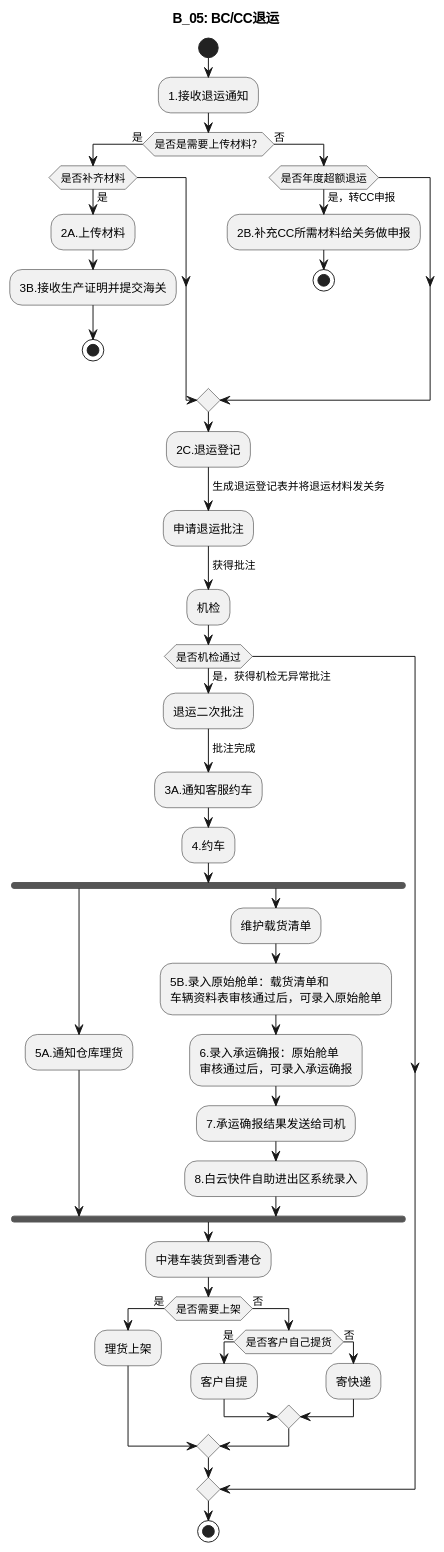
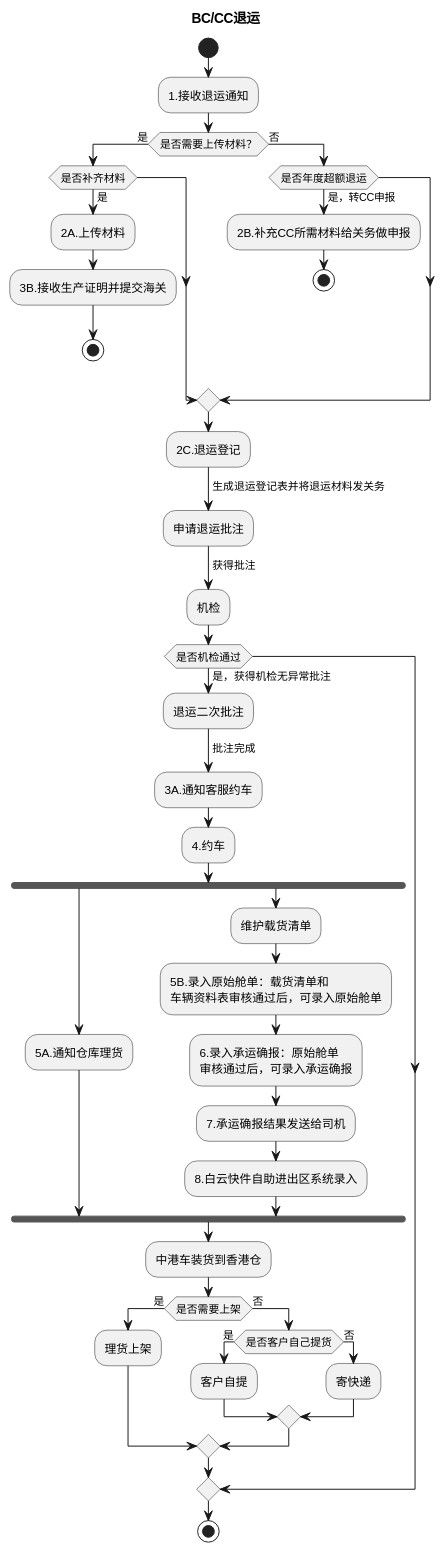
Before and after one commit to jack888332/projects-doc: the fifth of 6 diagrams in product-caliber/goldjet/segmented-prd/mainflow/PRD.高捷物流系统一期.主流程.05.跨境电商BC、个人物品CC进口详细流程.md, drawn with PlantUML. The commit also changed other lines of this file and 59 other files, not shown here.

````diff
--- a/product-caliber/goldjet/segmented-prd/mainflow/PRD.高捷物流系统一期.主流程.05.跨境电商BC、个人物品CC进口详细流程.md
+++ b/product-caliber/goldjet/segmented-prd/mainflow/PRD.高捷物流系统一期.主流程.05.跨境电商BC、个人物品CC进口详细流程.md
@@ -204,50 +181,50 @@
 ```plantuml
 @startuml
-title B_05: BC/CC退运
+title BC/CC退运
 start
 :1.接收退运通知;
-if (是否是需要上传材料？) then (是)
+if (是否需要上传材料？) then (是)
   if (是否补齐材料) then (是)
     :2A.上传材料;
     :3B.接收生产证明并提交海关;
     stop
   endif
 else (否)
   if (是否年度超额退运) then (是，转CC申报)
     :2B.补充CC所需材料给关务做申报;
     stop
   endif
 endif
 :2C.退运登记;
 -> 生成退运登记表并将退运材料发关务;
 :申请退运批注;
 -> 获得批注;
 :机检;
 if (是否机检通过) then (是，获得机检无异常批注)
   :退运二次批注;
   -> 批注完成;
   :3A.通知客服约车;
   :4.约车;
   fork
     :5A.通知仓库理货;
   fork again
     :维护载货清单;
     :5B.录入原始舱单：载货清单和\n车辆资料表审核通过后，可录入原始舱单;
     :6.录入承运确报：原始舱单\n审核通过后，可录入承运确报;
     :7.承运确报结果发送给司机;
     :8.白云快件自助进出区系统录入;
   end fork
   :中港车装货到香港仓;
   if (是否需要上架) then (是)
     :理货上架;
   else (否)
     if (是否客户自己提货) then (是)
       :客户自提;
     else (否)
       :寄快递;
     endif
   endif
 endif
 stop
 @enduml
 ```
````
